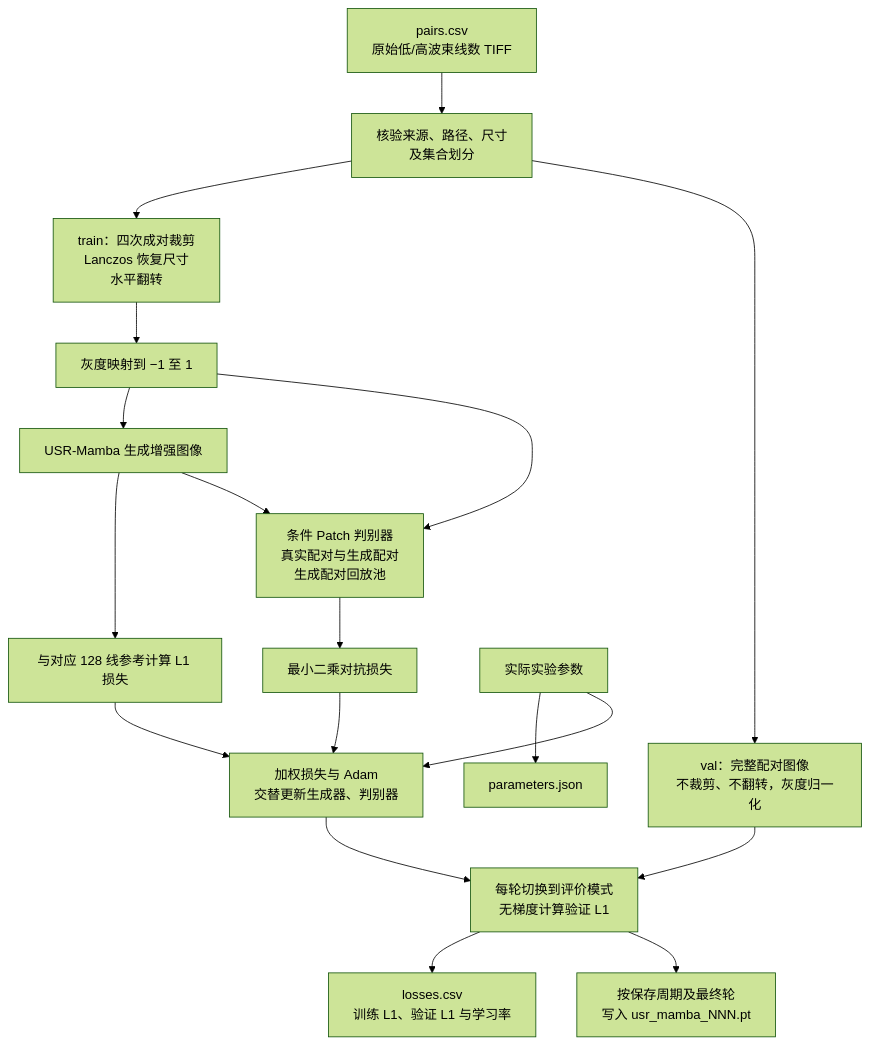
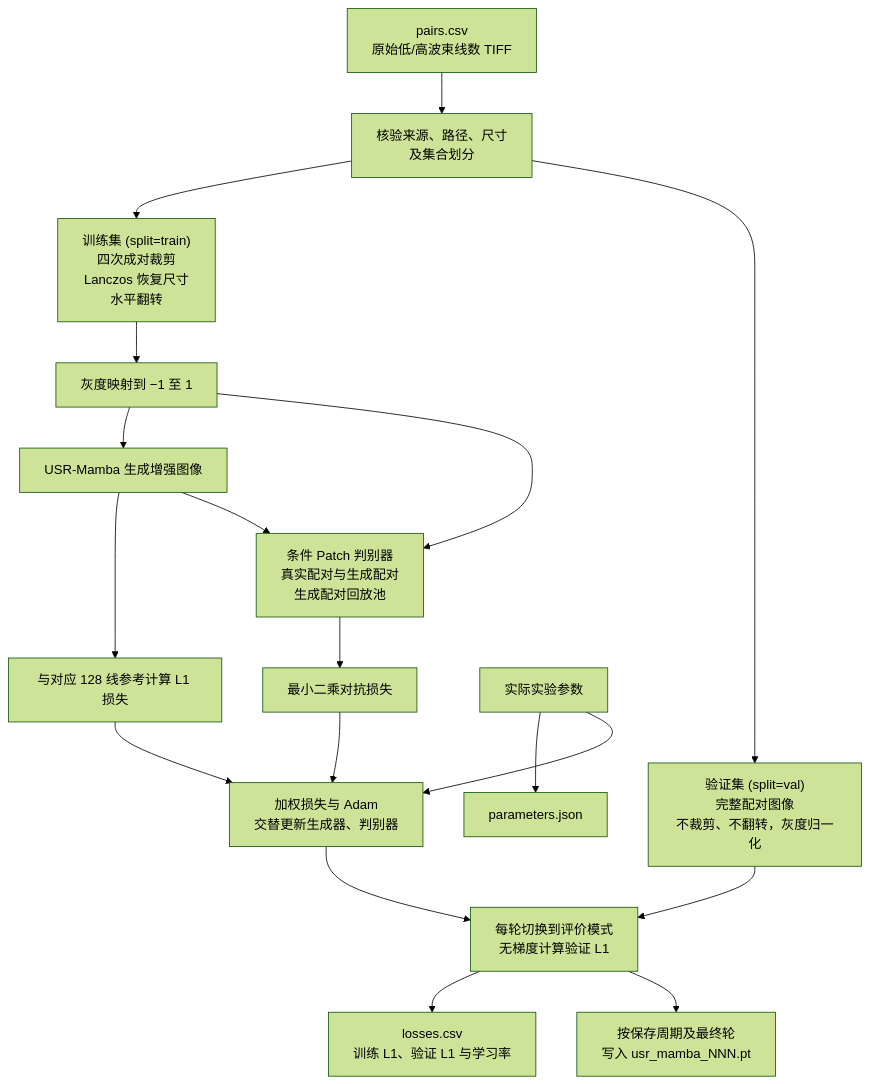
One commit to LumaVistaLab/hevc-ksvd-mamba-for-ultrasound changed the fifth of 7 diagrams in README_zh-CN.md. Above: the diagram before and after it, drawn with Mermaid (forest theme). The commit also changed other lines of this file and 3 other files, not shown here.

````diff
--- a/README_zh-CN.md
+++ b/README_zh-CN.md
@@ -452,20 +460,20 @@
 ```mermaid
 flowchart TD
     Manifest["pairs.csv<br/>原始低/高波束线数 TIFF"] --> Check["核验来源、路径、尺寸<br/>及集合划分"]
-    Check --> Train["train：四次成对裁剪<br/>Lanczos 恢复尺寸<br/>水平翻转"]
+    Check --> Train["训练集 (split=train)<br/>四次成对裁剪<br/>Lanczos 恢复尺寸<br/>水平翻转"]
     Train --> Normalize["灰度映射到 −1 至 1"]
     Normalize --> Generator["USR-Mamba 生成增强图像"]
     Generator --> L1["与对应 128 线参考计算 L1 损失"]
     Normalize --> Discriminator["条件 Patch 判别器<br/>真实配对与生成配对<br/>生成配对回放池"]
     Generator --> Discriminator
     Discriminator --> Adversarial["最小二乘对抗损失"]
     L1 --> Update["加权损失与 Adam<br/>交替更新生成器、判别器"]
     Adversarial --> Update
-    Check --> Validation["val：完整配对图像<br/>不裁剪、不翻转，灰度归一化"]
+    Check --> Validation["验证集 (split=val)<br/>完整配对图像<br/>不裁剪、不翻转，灰度归一化"]
     Update --> Validate["每轮切换到评价模式<br/>无梯度计算验证 L1"]
     Validation --> Validate
     Validate --> Logs["losses.csv<br/>训练 L1、验证 L1 与学习率"]
     Validate --> Save["按保存周期及最终轮<br/>写入 usr_mamba_NNN.pt"]
     Parameters["实际实验参数"] --> Config["parameters.json"]
     Parameters --> Update
 ```
````
